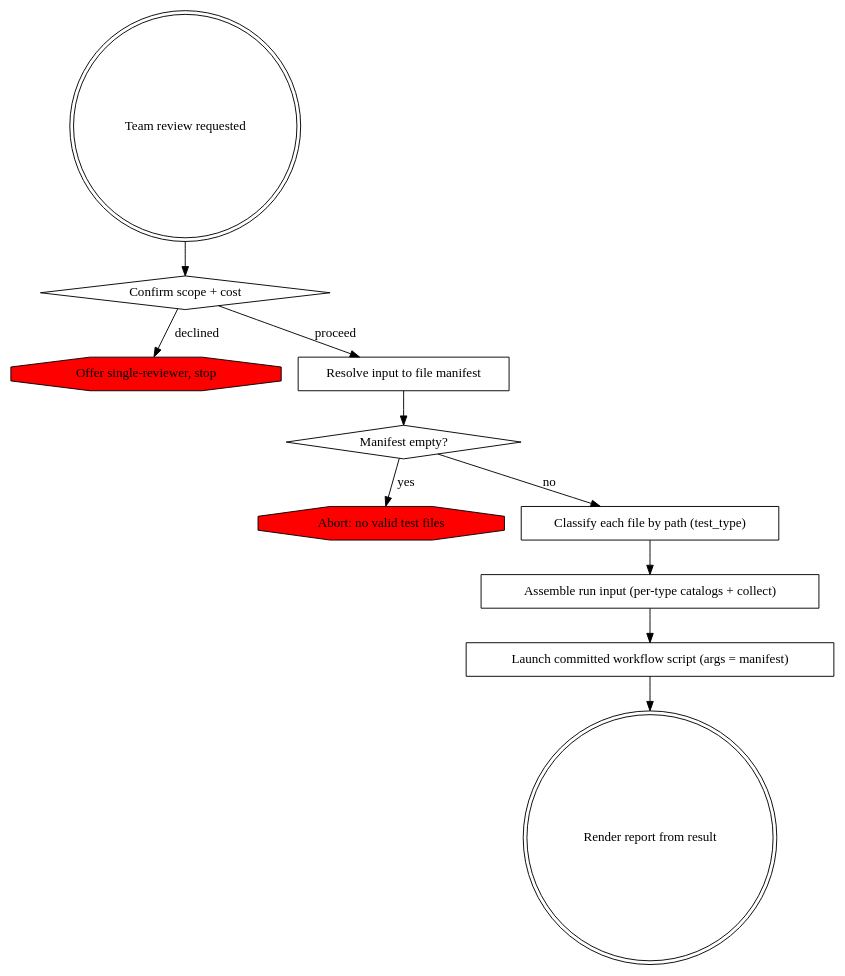
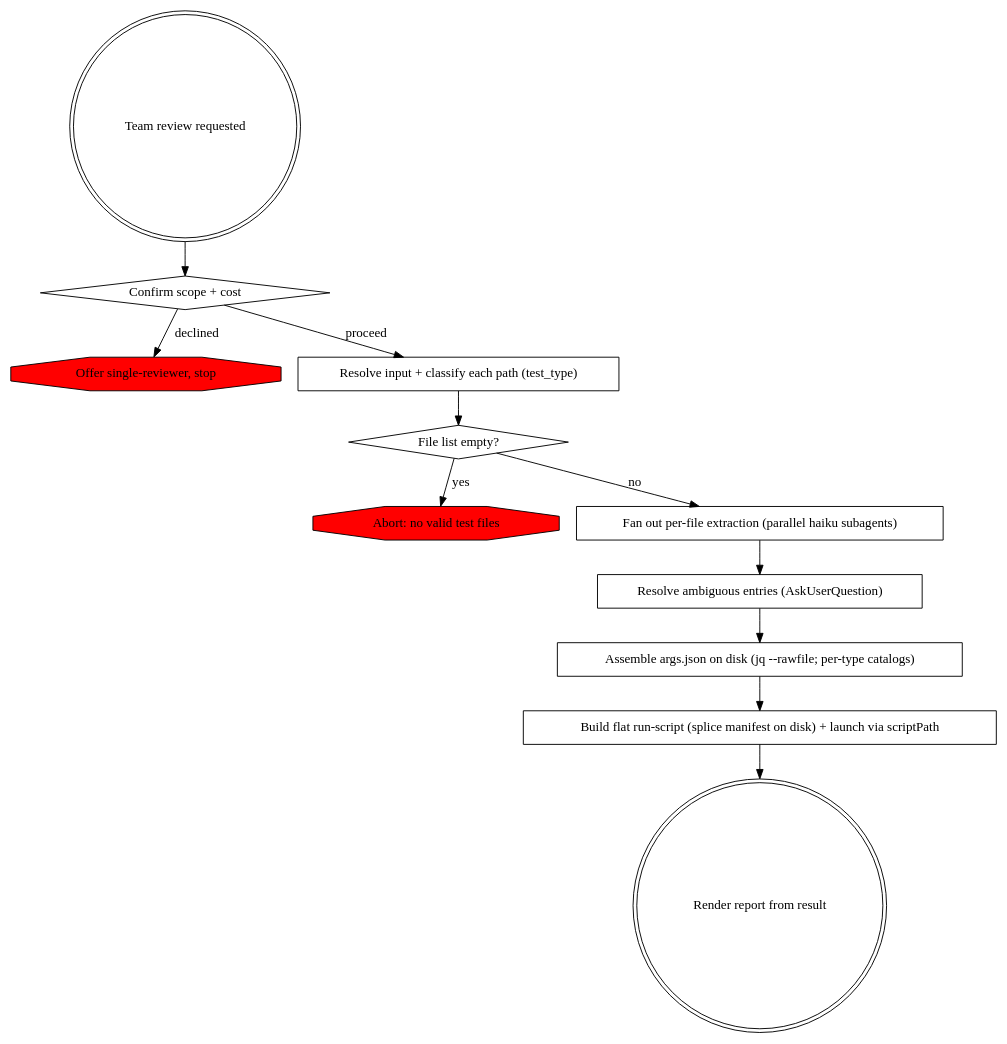
One commit to shopwareLabs/ai-coding-tools changed the diagram in plugins/test-writing/skills/phpunit-test-team-reviewing/SKILL.md. Above: the diagram before and after it, drawn with Graphviz. The commit also changed other lines of this file and 17 other files, not shown here.

````diff
--- a/plugins/test-writing/skills/phpunit-test-team-reviewing/SKILL.md
+++ b/plugins/test-writing/skills/phpunit-test-team-reviewing/SKILL.md
@@ -12,24 +12,26 @@
 ```dot
 digraph team_review {
   "Team review requested" [shape=doublecircle];
   "Confirm scope + cost" [shape=diamond];
   "Offer single-reviewer, stop" [shape=octagon, style=filled, fillcolor=red];
-  "Resolve input to file manifest" [shape=box];
-  "Manifest empty?" [shape=diamond];
+  "Resolve input + classify each path (test_type)" [shape=box];
+  "File list empty?" [shape=diamond];
   "Abort: no valid test files" [shape=octagon, style=filled, fillcolor=red];
-  "Classify each file by path (test_type)" [shape=box];
-  "Assemble run input (per-type catalogs + collect)" [shape=box];
-  "Launch committed workflow script (args = manifest)" [shape=box];
+  "Fan out per-file extraction (parallel haiku subagents)" [shape=box];
+  "Resolve ambiguous entries (AskUserQuestion)" [shape=box];
+  "Assemble args.json on disk (jq --rawfile; per-type catalogs)" [shape=box];
+  "Build flat run-script (splice manifest on disk) + launch via scriptPath" [shape=box];
   "Render report from result" [shape=doublecircle];
 
   "Team review requested" -> "Confirm scope + cost";
   "Confirm scope + cost" -> "Offer single-reviewer, stop" [label="declined"];
-  "Confirm scope + cost" -> "Resolve input to file manifest" [label="proceed"];
-  "Resolve input to file manifest" -> "Manifest empty?";
-  "Manifest empty?" -> "Abort: no valid test files" [label="yes"];
-  "Manifest empty?" -> "Classify each file by path (test_type)" [label="no"];
-  "Classify each file by path (test_type)" -> "Assemble run input (per-type catalogs + collect)";
-  "Assemble run input (per-type catalogs + collect)" -> "Launch committed workflow script (args = manifest)";
-  "Launch committed workflow script (args = manifest)" -> "Render report from result";
+  "Confirm scope + cost" -> "Resolve input + classify each path (test_type)" [label="proceed"];
+  "Resolve input + classify each path (test_type)" -> "File list empty?";
+  "File list empty?" -> "Abort: no valid test files" [label="yes"];
+  "File list empty?" -> "Fan out per-file extraction (parallel haiku subagents)" [label="no"];
+  "Fan out per-file extraction (parallel haiku subagents)" -> "Resolve ambiguous entries (AskUserQuestion)";
+  "Resolve ambiguous entries (AskUserQuestion)" -> "Assemble args.json on disk (jq --rawfile; per-type catalogs)";
+  "Assemble args.json on disk (jq --rawfile; per-type catalogs)" -> "Build flat run-script (splice manifest on disk) + launch via scriptPath";
+  "Build flat run-script (splice manifest on disk) + launch via scriptPath" -> "Render report from result";
 }
 ```
````
